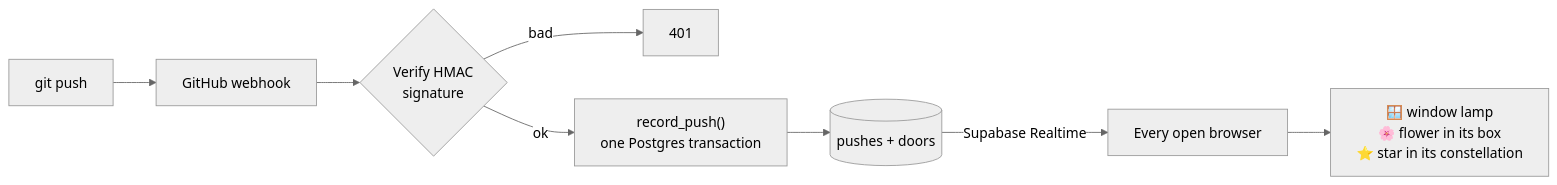
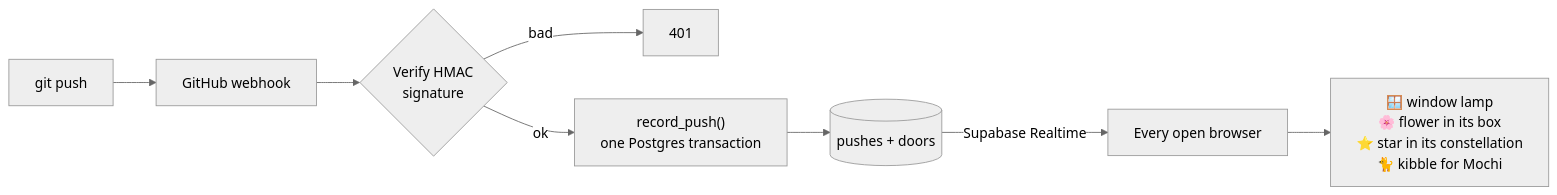
Before and after one commit to iivanhaj/advent-birthday: the diagram in README.md, drawn with Mermaid (neutral theme). The commit also changed other lines of this file and 7 other files, not shown here.

````diff
--- a/README.md
+++ b/README.md
@@ -119,10 +124,10 @@
 ```mermaid
 flowchart LR
   A["git push"] --> B["GitHub webhook"]
   B --> C{"Verify HMAC<br/>signature"}
   C -- "bad" --> X["401"]
   C -- "ok" --> D["record_push()<br/>one Postgres transaction"]
   D --> E[("pushes + doors")]
   E -- "Supabase Realtime" --> F["Every open browser"]
-  F --> G["🪟 window lamp<br/>🌸 flower in its box<br/>⭐ star in its constellation"]
+  F --> G["🪟 window lamp<br/>🌸 flower in its box<br/>⭐ star in its constellation<br/>🐈 kibble for Mochi"]
 ```
````
